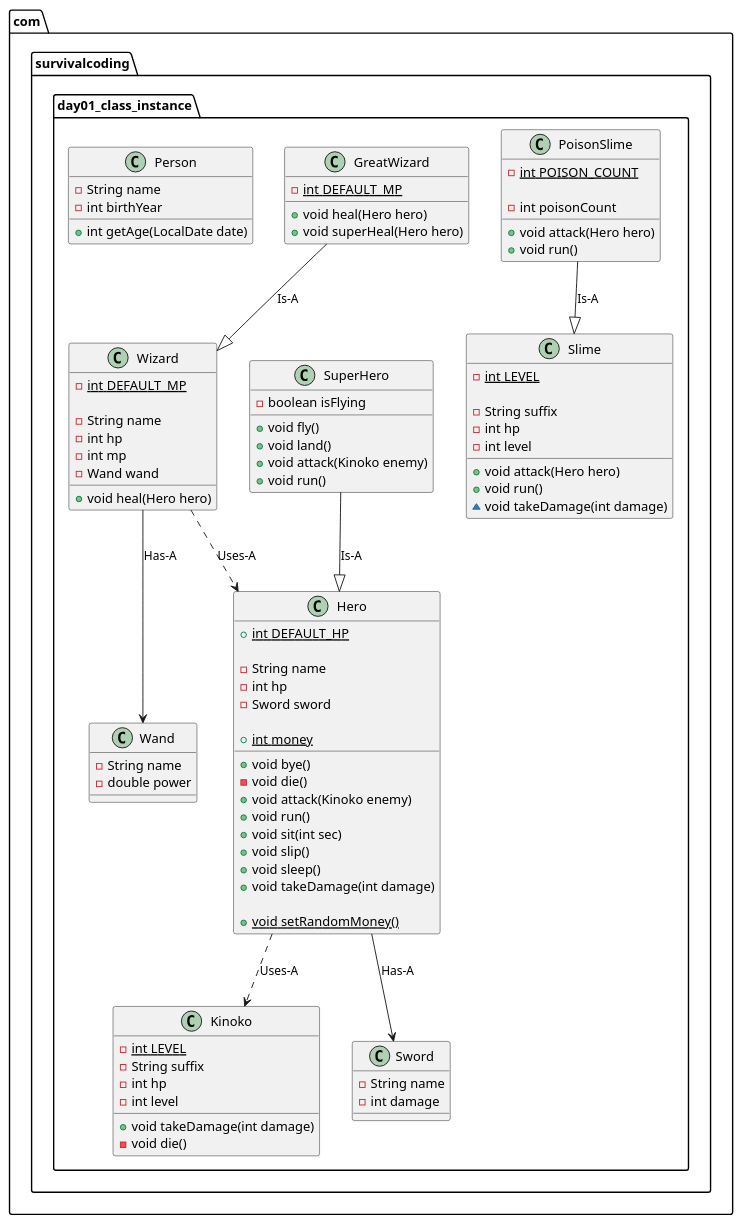
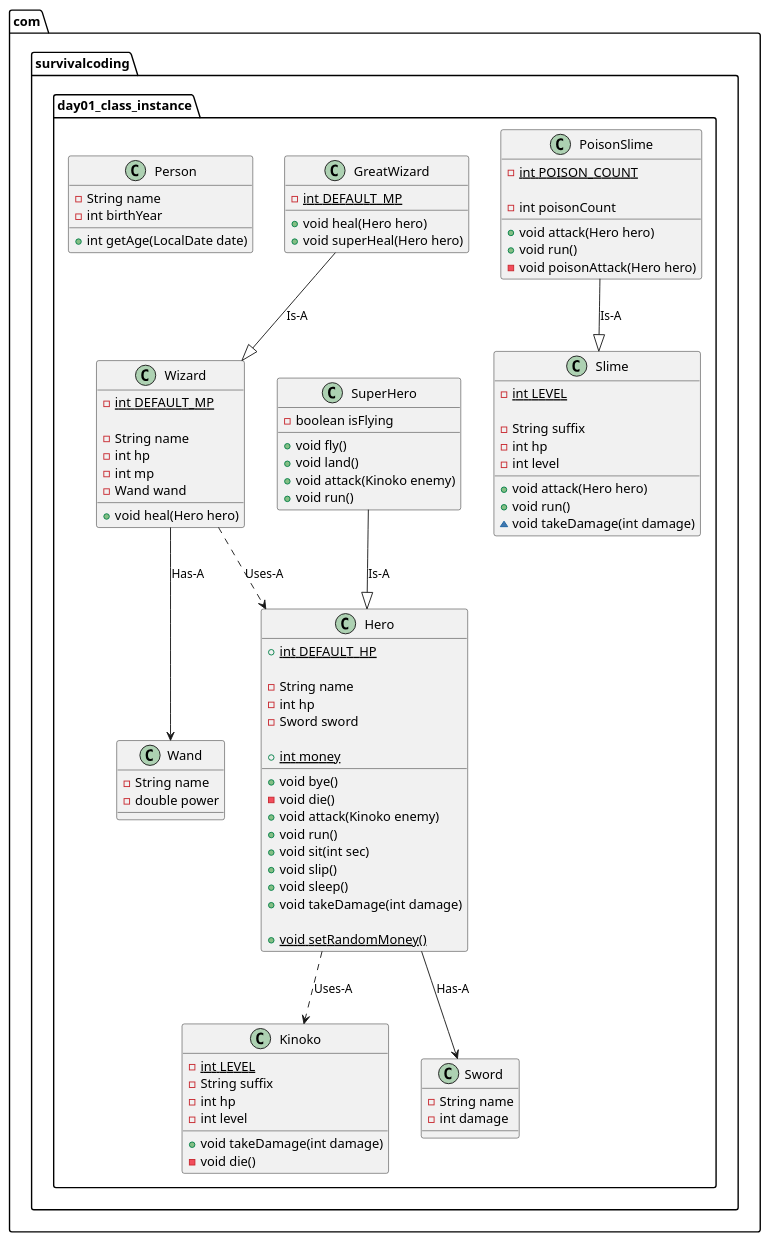
Before and after one commit to SurvivalCodingCampus/gangnam3-java-oop: the diagram in docs/day01_class_instance_diagram.puml, drawn with PlantUML. The commit also changed 1 other file, not shown here.

Commit message:
docs: 클래스 다이어그램에 PoisonSlime poisonAttack 반영 및 테스트 코드 추가

```diff
--- a/docs/day01_class_instance_diagram.puml
+++ b/docs/day01_class_instance_diagram.puml
@@ -1,114 +1,115 @@
 @startuml day01_class_instance_diagram
 scale 1
 
 package "com.survivalcoding.day01_class_instance" {
 
     class Kinoko {
         {static} - int LEVEL
         - String suffix
         - int hp
         - int level
 
         + void takeDamage(int damage)
         - void die()
     }
 
     class Slime {
         {static} - int LEVEL
 
         - String suffix
         - int hp
         - int level
 
         + void attack(Hero hero)
         + void run()
         ~ void takeDamage(int damage)
     }
 
     class PoisonSlime {
         {static} - int POISON_COUNT
 
         - int poisonCount
 
         + void attack(Hero hero)
         + void run()
+        - void poisonAttack(Hero hero)
     }
 
     class Hero {
         {static} + int DEFAULT_HP
 
         - String name
         - int hp
         - Sword sword
 
         {static} + int money
 
         + void bye()
         - void die()
         + void attack(Kinoko enemy)
         + void run()
         + void sit(int sec)
         + void slip()
         + void sleep()
         + void takeDamage(int damage)
 
         {static} + void setRandomMoney()
     }
 
     class SuperHero {
         - boolean isFlying
 
         + void fly()
         + void land()
         + void attack(Kinoko enemy)
         + void run()
     }
 
     class Sword {
         - String name
         - int damage
     }
 
     class Wizard {
         {static} - int DEFAULT_MP
 
         - String name
         - int hp
         - int mp
         - Wand wand
 
         + void heal(Hero hero)
     }
 
     class GreatWizard {
         {static} - int DEFAULT_MP
 
         + void heal(Hero hero)
         + void superHeal(Hero hero)
     }
 
     class Wand {
         - String name
         - double power
     }
 
     class Person {
         - String name
         - int birthYear
 
         + int getAge(LocalDate date)
     }
 
     ' Relationship line
     Hero --> Sword : Has-A
     Wizard --> Wand : Has-A
 
     Hero ..> Kinoko : Uses-A
     Wizard ..> Hero : Uses-A
 
     SuperHero --|> Hero : Is-A
     GreatWizard --|> Wizard : Is-A
     PoisonSlime --|> Slime : Is-A
 }
 
 @enduml
```
